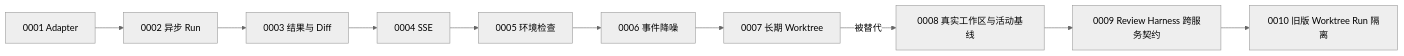
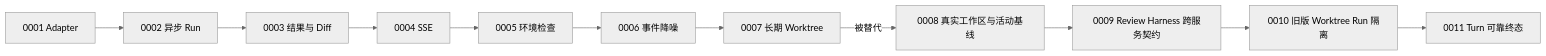
Before and after one commit to smile-gu/Code-Weave: the diagram in docs/decisions/README.md, drawn with Mermaid (neutral theme). The commit also changed other lines of this file and 40 other files, not shown here.

````diff
--- a/docs/decisions/README.md
+++ b/docs/decisions/README.md
@@ -16,12 +17,13 @@
 ```mermaid
 flowchart LR
     A[0001 Adapter] --> B[0002 异步 Run]
     B --> C[0003 结果与 Diff]
     C --> D[0004 SSE]
     D --> E[0005 环境检查]
     E --> F[0006 事件降噪]
     F --> G[0007 长期 Worktree]
     G -->|被替代| H[0008 真实工作区与活动基线]
     H --> I[0009 Review Harness 跨服务契约]
     I --> J[0010 旧版 Worktree Run 隔离]
+    J --> K[0011 Turn 可靠终态]
 ```
````
